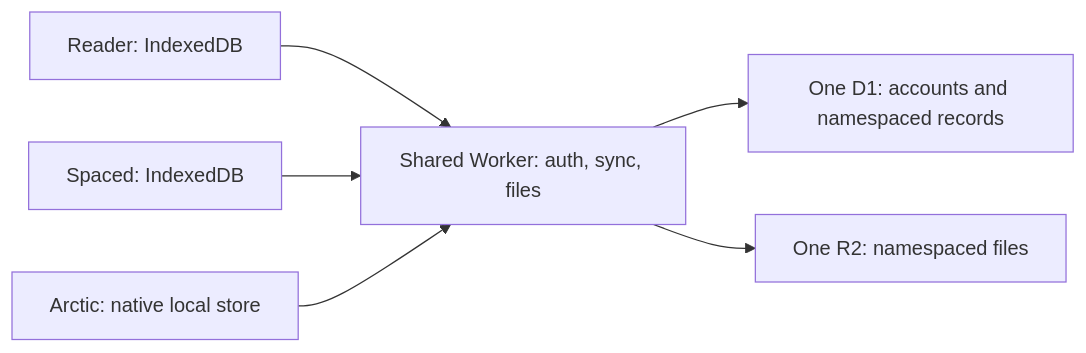
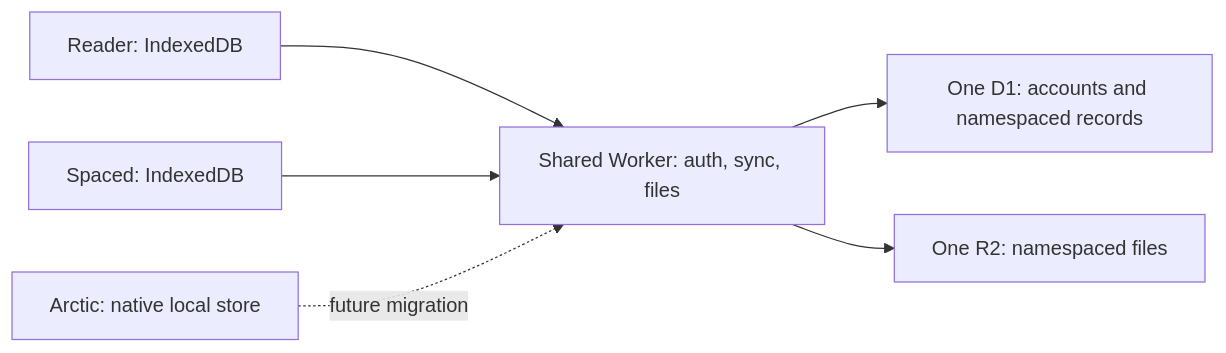
The diagram in docs/SHARED_SYNC_PLAN.md (zsh-eng/workbench), drawn with Mermaid before and after one commit. The commit also changed other lines of this file and 7 other files, not shown here.

````diff
--- a/docs/SHARED_SYNC_PLAN.md
+++ b/docs/SHARED_SYNC_PLAN.md
@@ -29,8 +26,8 @@
 ```mermaid
 flowchart LR
   R[Reader: IndexedDB] --> S[Shared Worker: auth, sync, files]
   P[Spaced: IndexedDB] --> S
-  A[Arctic: native local store] --> S
+  A[Arctic: native local store] -. future migration .-> S
   S --> D[One D1: accounts and namespaced records]
   S --> B[One R2: namespaced files]
 ```
````
